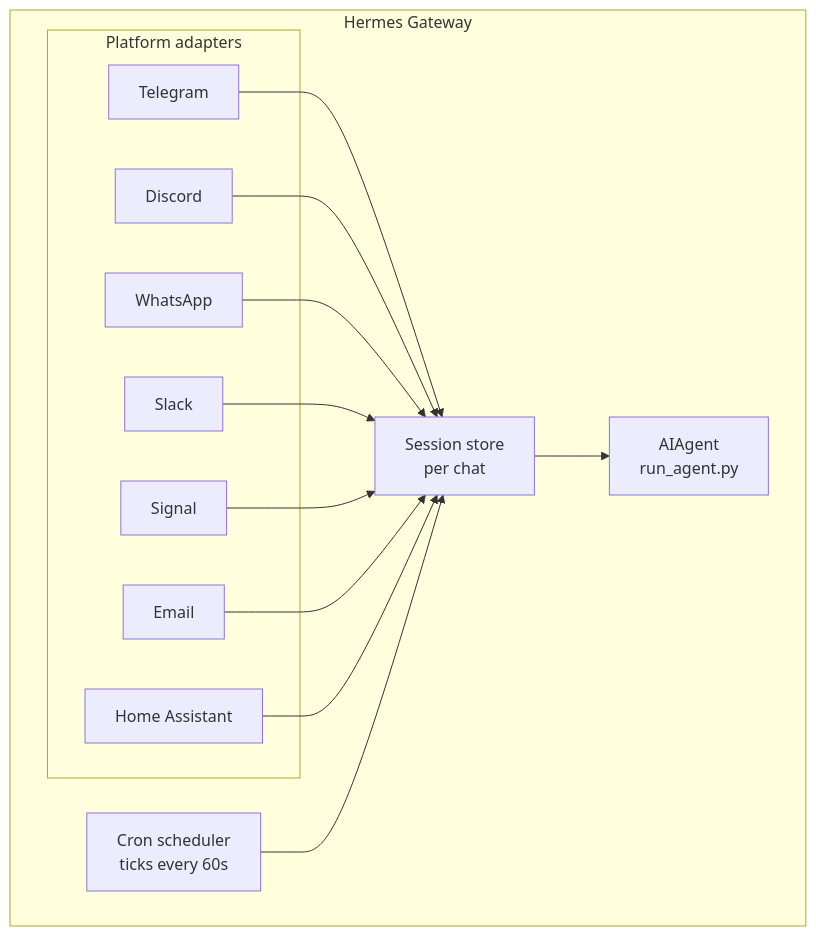
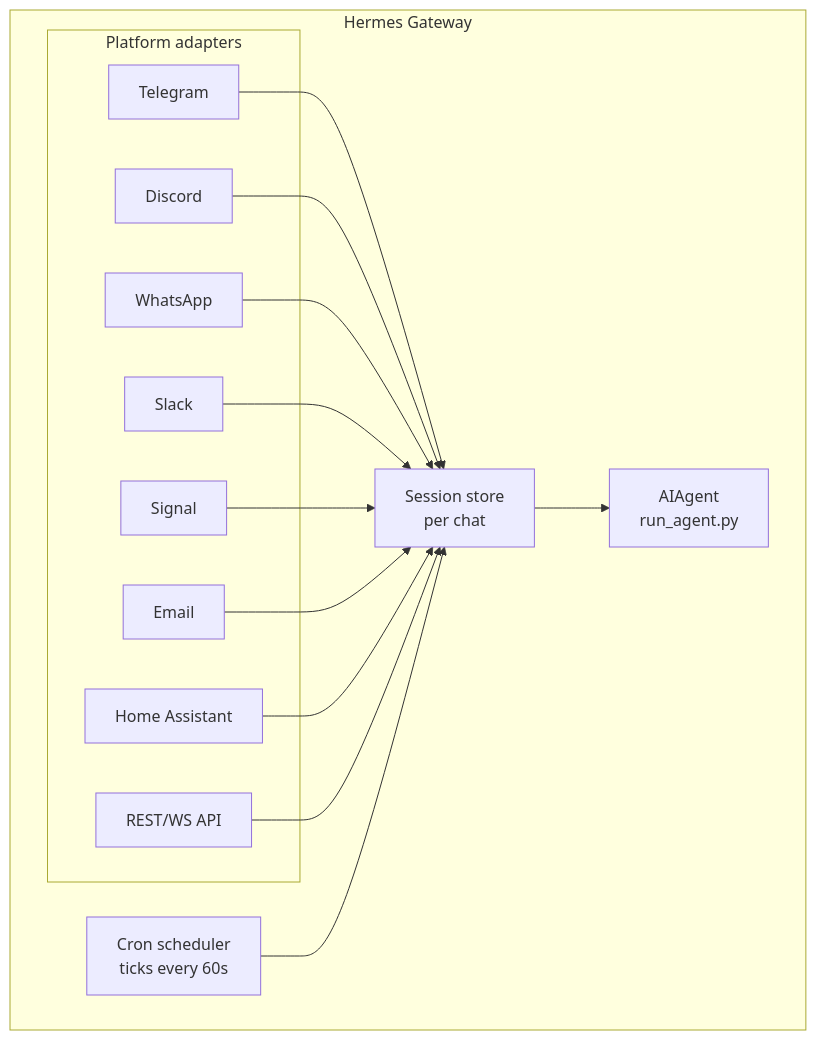
One commit to NousResearch/hermes-agent changed the diagram in website/docs/user-guide/messaging/index.md. Above: the diagram before and after it, drawn with Mermaid. The commit also changed other lines of this file and 3 other files, not shown here.

First line of the commit message:
docs: add REST/WebSocket API documentation

````diff
--- a/website/docs/user-guide/messaging/index.md
+++ b/website/docs/user-guide/messaging/index.md
@@ -15,28 +15,30 @@
 ```mermaid
 flowchart TB
     subgraph Gateway["Hermes Gateway"]
         subgraph Adapters["Platform adapters"]
             tg[Telegram]
             dc[Discord]
             wa[WhatsApp]
             sl[Slack]
             sig[Signal]
             em[Email]
             ha[Home Assistant]
+            api[REST/WS API]
         end
 
         store["Session store<br/>per chat"]
         agent["AIAgent<br/>run_agent.py"]
         cron["Cron scheduler<br/>ticks every 60s"]
     end
 
     tg --> store
     dc --> store
     wa --> store
     sl --> store
     sig --> store
     em --> store
     ha --> store
+    api --> store
     store --> agent
     cron --> store
 ```
````
